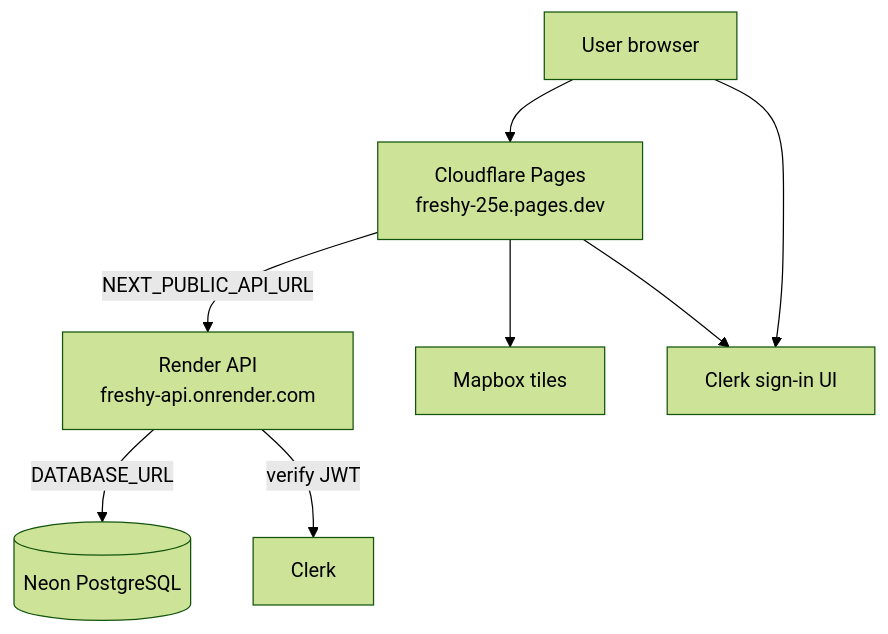
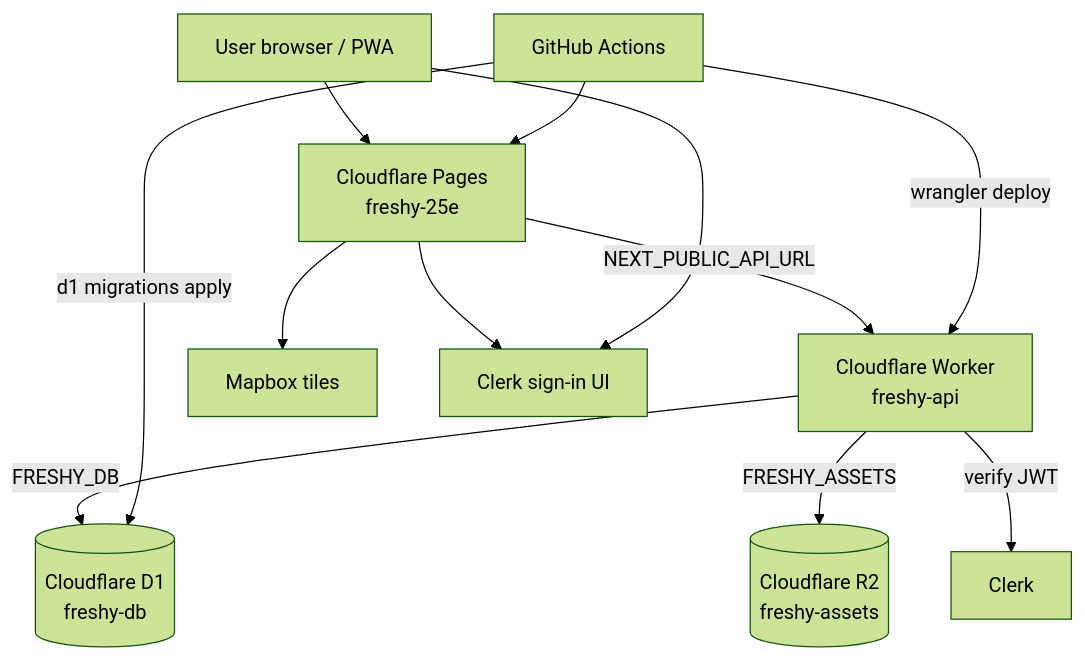
Before and after one commit to alexandrelheinen/freshy: the first of 3 diagrams in README.md, drawn with Mermaid (forest theme). The commit also changed other lines of this file and 36 other files, not shown here.

First line of the commit message:
Docs: Cloudflare stack cleanup and fix D1 tags API crash

````diff
--- a/README.md
+++ b/README.md
@@ -34,10 +38,14 @@
 ```mermaid
 flowchart TB
-    User[User browser] --> Pages[Cloudflare Pages<br/>freshy-25e.pages.dev]
-    Pages -->|NEXT_PUBLIC_API_URL| Render[Render API<br/>freshy-api.onrender.com]
+    User[User browser / PWA] --> Pages[Cloudflare Pages<br/>freshy-25e]
+    Pages -->|NEXT_PUBLIC_API_URL| Worker[Cloudflare Worker<br/>freshy-api]
     Pages --> Mapbox[Mapbox tiles]
     Pages --> ClerkUI[Clerk sign-in UI]
-    Render -->|DATABASE_URL| Neon[(Neon PostgreSQL)]
-    Render -->|verify JWT| ClerkAPI[Clerk]
+    Worker -->|FRESHY_DB| D1[(Cloudflare D1<br/>freshy-db)]
+    Worker -->|FRESHY_ASSETS| R2[(Cloudflare R2<br/>freshy-assets)]
+    Worker -->|verify JWT| ClerkAPI[Clerk]
     User --> ClerkUI
+    GH[GitHub Actions] -->|wrangler deploy| Worker
+    GH -->|d1 migrations apply| D1
+    GH --> Pages
 ```
````
